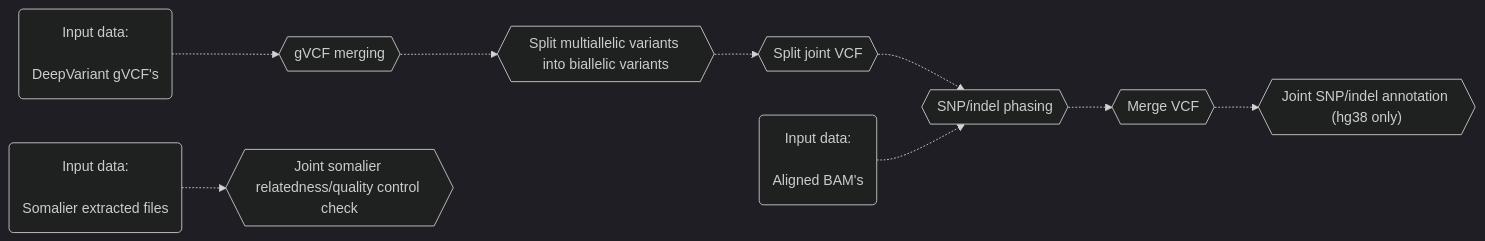
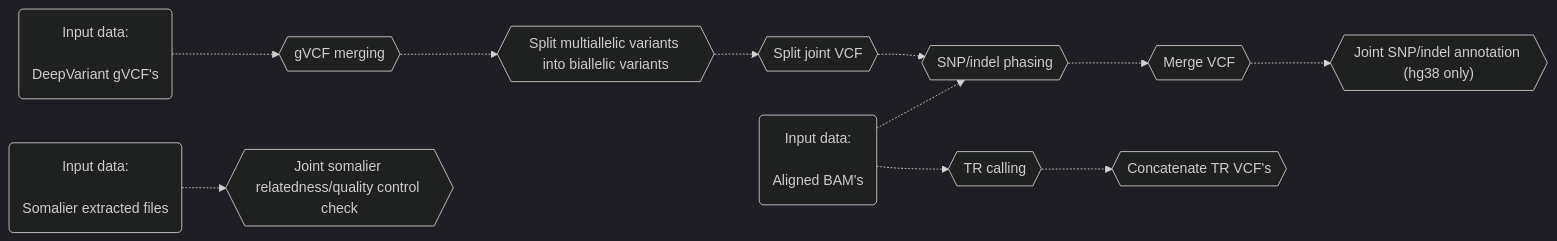
One commit to leahkemp/pipeface changed the diagram in docs/popface/info.md. Above: the diagram before and after it, drawn with Mermaid. The commit also changed 8 other files, not shown here.

````diff
--- a/docs/popface/info.md
+++ b/docs/popface/info.md
@@ -5,21 +5,24 @@
 ```mermaid
 %%{init: {'theme':'dark'}}%%
 flowchart LR
 
 input_gvcf("Input data: <br><br> DeepVariant gVCF's")
 input_bam("Input data: <br><br> Aligned BAM's")
 gvcf_merging{{"gVCF merging"}}
 joint_split_multiallele{{"Split multiallelic variants into biallelic variants"}}
 split_vcf{{"Split joint VCF"}}
 snp_indel_phasing{{"SNP/indel phasing"}}
 merge_vcf{{"Merge VCF"}}
 joint_snp_indel_annotation{{"Joint SNP/indel annotation (hg38 only)"}}
+tr_calling{{"TR calling"}}
+concat_vcf{{"Concatenate TR VCF's"}}
 
 input_somalier("Input data: <br><br> Somalier extracted files")
 joint_somalier{{"Joint somalier relatedness/quality control check"}}
 
 input_gvcf-.->gvcf_merging-.->joint_split_multiallele-.->split_vcf-.->snp_indel_phasing-.->merge_vcf-.->joint_snp_indel_annotation
 input_bam-.->snp_indel_phasing
+input_bam-.->tr_calling-.->concat_vcf
 input_somalier-.->joint_somalier
 
 ```
````
